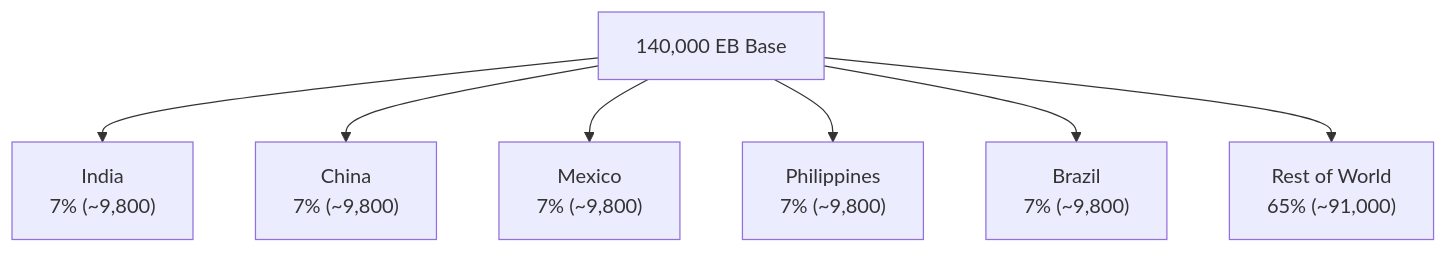
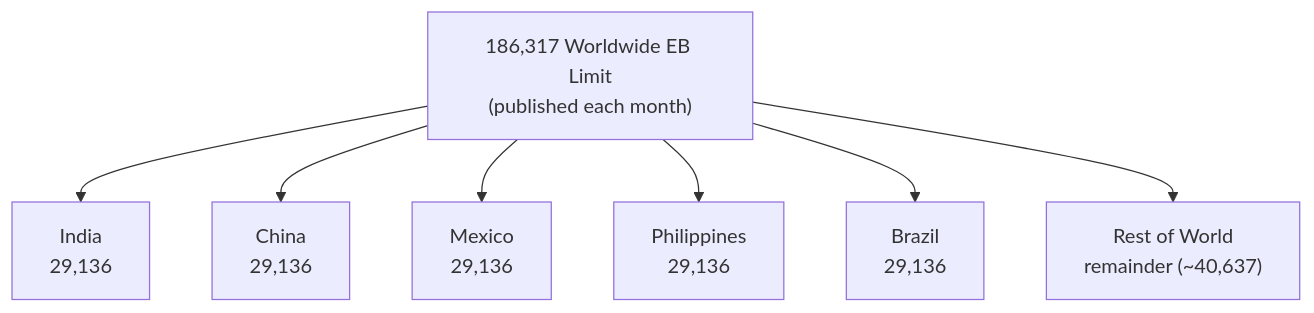
One commit to sharathandroid/GreenCardPredictor changed the fourth of 7 diagrams in README.md. Above: the diagram before and after it, drawn with Mermaid. The commit also changed other lines of this file and 5 other files, not shown here.

````diff
--- a/README.md
+++ b/README.md
@@ -139,9 +153,9 @@
 ```mermaid
 flowchart TB
-    T["140,000 EB Base"] --> I["India<br/>7% (~9,800)"]
-    T --> C["China<br/>7% (~9,800)"]
-    T --> M["Mexico<br/>7% (~9,800)"]
-    T --> P["Philippines<br/>7% (~9,800)"]
-    T --> B["Brazil<br/>7% (~9,800)"]
-    T --> R["Rest of World<br/>65% (~91,000)"]
+    T["186,317 Worldwide EB Limit<br/>(published each month)"] --> I["India<br/>29,136"]
+    T --> C["China<br/>29,136"]
+    T --> M["Mexico<br/>29,136"]
+    T --> P["Philippines<br/>29,136"]
+    T --> B["Brazil<br/>29,136"]
+    T --> R["Rest of World<br/>remainder (~40,637)"]
 ```
````
